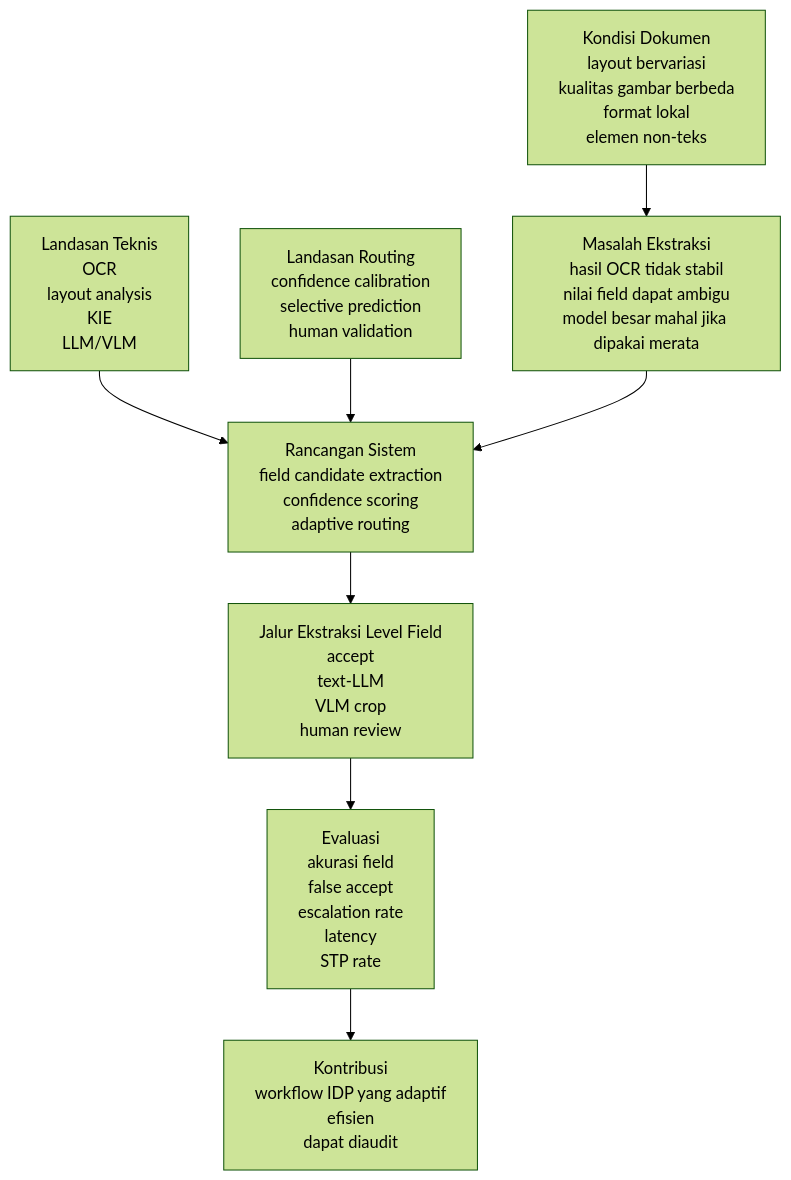
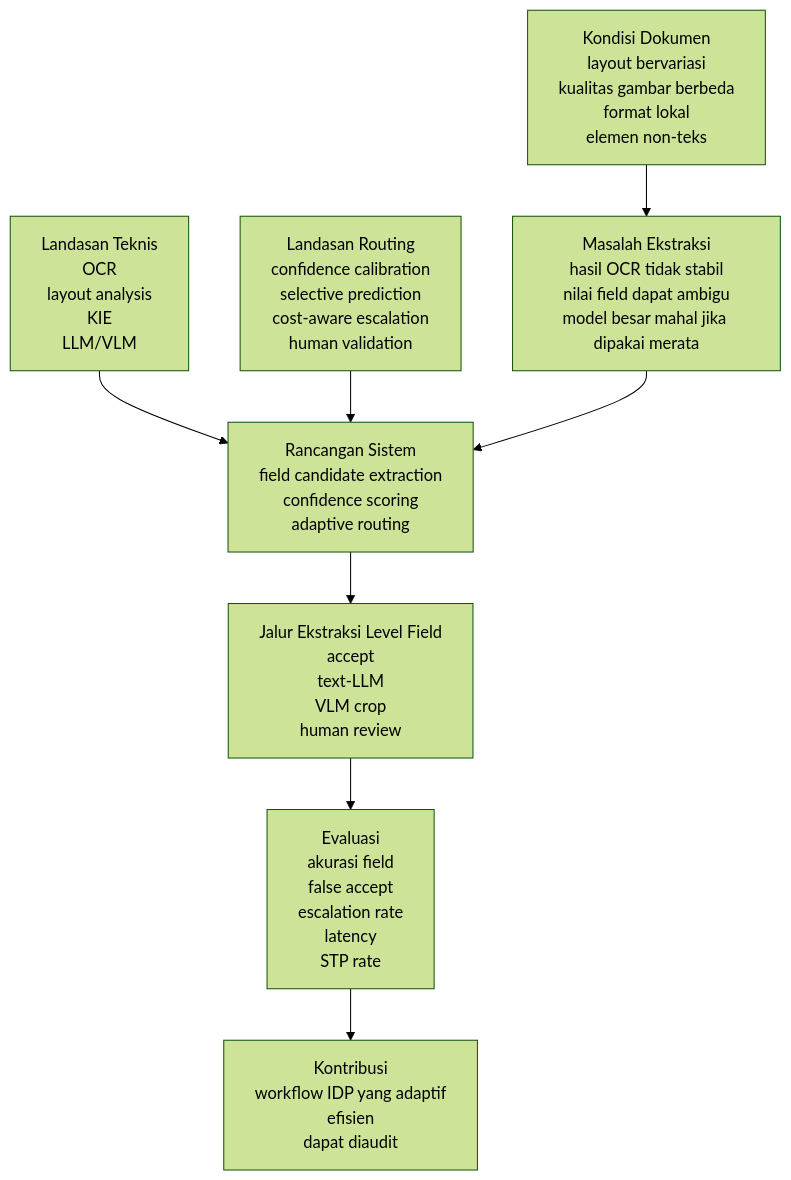
The first of 2 diagrams in bab3.md (kennceha-dev/thesis-s2), drawn with Mermaid (forest theme) before and after one commit. The commit also changed other lines of this file and 2 other files, not shown here.

````diff
--- a/bab3.md
+++ b/bab3.md
@@ -6,15 +6,15 @@
 ```mermaid
 flowchart TD
     A["Kondisi Dokumen<br/>layout bervariasi<br/>kualitas gambar berbeda<br/>format lokal<br/>elemen non-teks"] --> D["Masalah Ekstraksi<br/>hasil OCR tidak stabil<br/>nilai field dapat ambigu<br/>model besar mahal jika dipakai merata"]
 
     B["Landasan Teknis<br/>OCR<br/>layout analysis<br/>KIE<br/>LLM/VLM"] --> E["Rancangan Sistem<br/>field candidate extraction<br/>confidence scoring<br/>adaptive routing"]
 
-    C["Landasan Routing<br/>confidence calibration<br/>selective prediction<br/>human validation"] --> E
+    C["Landasan Routing<br/>confidence calibration<br/>selective prediction<br/>cost-aware escalation<br/>human validation"] --> E
     D --> E
 
     E --> F["Jalur Ekstraksi Level Field<br/>accept<br/>text-LLM<br/>VLM crop<br/>human review"]
 
     F --> G["Evaluasi<br/>akurasi field<br/>false accept<br/>escalation rate<br/>latency<br/>STP rate"]
 
     G --> H["Kontribusi<br/>workflow IDP yang adaptif<br/>efisien<br/>dapat diaudit"]
 ```
````
